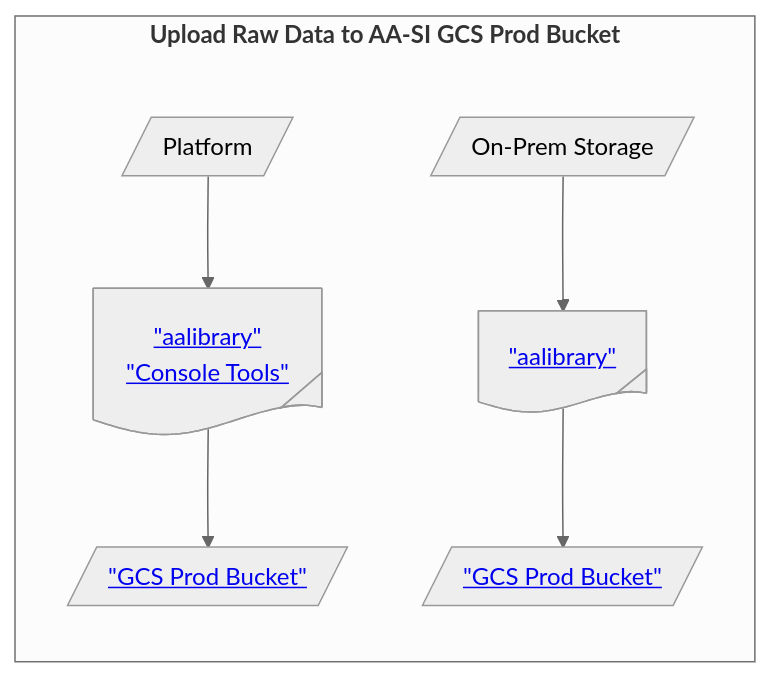
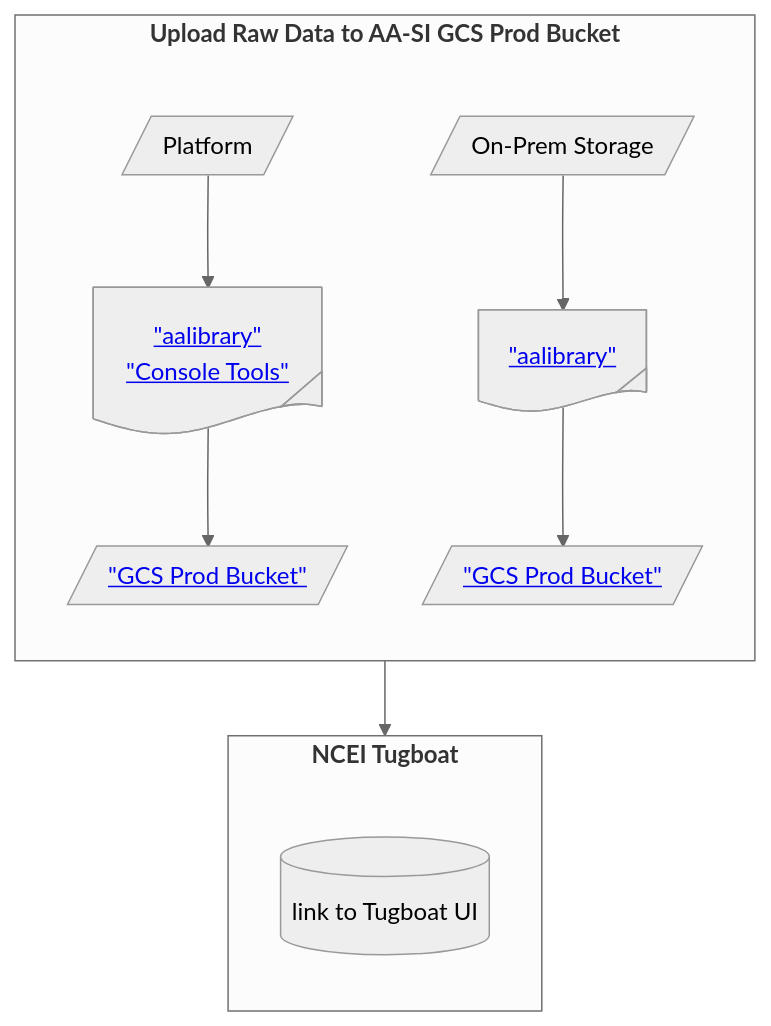
Before and after one commit to nmfs-ost/AA-SI_DataRoadMap: the first of 5 diagrams in README.md, drawn with Mermaid (neutral theme).

Commit message:
Add NCEI Tugboat subgraph to README
Added a new subgraph for NCEI Tugboat in the README.

````diff
--- a/README.md
+++ b/README.md
@@ -83,15 +83,20 @@
 ```mermaid
 ---
 config:
     flowchart:
         subGraphTitleMargin:
             "bottom": 30
 ---
 flowchart TB
     subgraph SG_L-1_DataSource["<b>Upload Raw Data to AA-SI GCS Prod Bucket</b>"]
         direction TB
         node_L-1_SrcP@{shape: lean-r, label: "Platform"} --> node_L-1_AA1@{ shape: tag-doc, label: <a href="https://nmfs-ost.github.io/AA-SI_aalibrary/documentation/aalibrary" target="_blank"> "aalibrary"</a><br> <a href="https://github.com/nmfs-ost/AA-SI_ConsoleTools" target="_blank"> "Console Tools" </a> } --> node_L-1_GCS1@{shape: lean-r, label: <a href="https://console.cloud.google.com/storage/browser/ggn-nmfs-aa-prod-1-data;tab=objects?hl=en&inv=1&invt=Ab4KlQ&project=ggn-nmfs-aa-prod-1&pageState=(%22StorageObjectListTable%22:(%22f%22:%22%255B%255D%22))&prefix=&forceOnObjectsSortingFiltering=false" target="_blank"> "GCS Prod Bucket" </a> }
         node_L-1_SrcOP@{shape: lean-r, label: "On-Prem Storage"} --> node_L-1_AA2@{ shape: tag-doc, label: <a href="https://nmfs-ost.github.io/AA-SI_aalibrary/documentation/aalibrary" target="_blank"> "aalibrary"</a> } --> node_L-1_GCS2@{shape: lean-r, label: <a href="https://console.cloud.google.com/storage/browser/ggn-nmfs-aa-prod-1-data;tab=objects?hl=en&inv=1&invt=Ab4KlQ&project=ggn-nmfs-aa-prod-1&pageState=(%22StorageObjectListTable%22:(%22f%22:%22%255B%255D%22))&prefix=&forceOnObjectsSortingFiltering=false" target="_blank"> "GCS Prod Bucket" </a> }
         %%style node_SrcOMAO color:blue
     end
+    subgraph SG_L-1_Tugboat["<b>NCEI Tugboat</b>"]
+        direction TB
+        node_L-1_TB@{shape: database, label: "link to Tugboat UI" }
+    end
+    SG_L-1_DataSource --> SG_L-1_Tugboat
 ```
````
